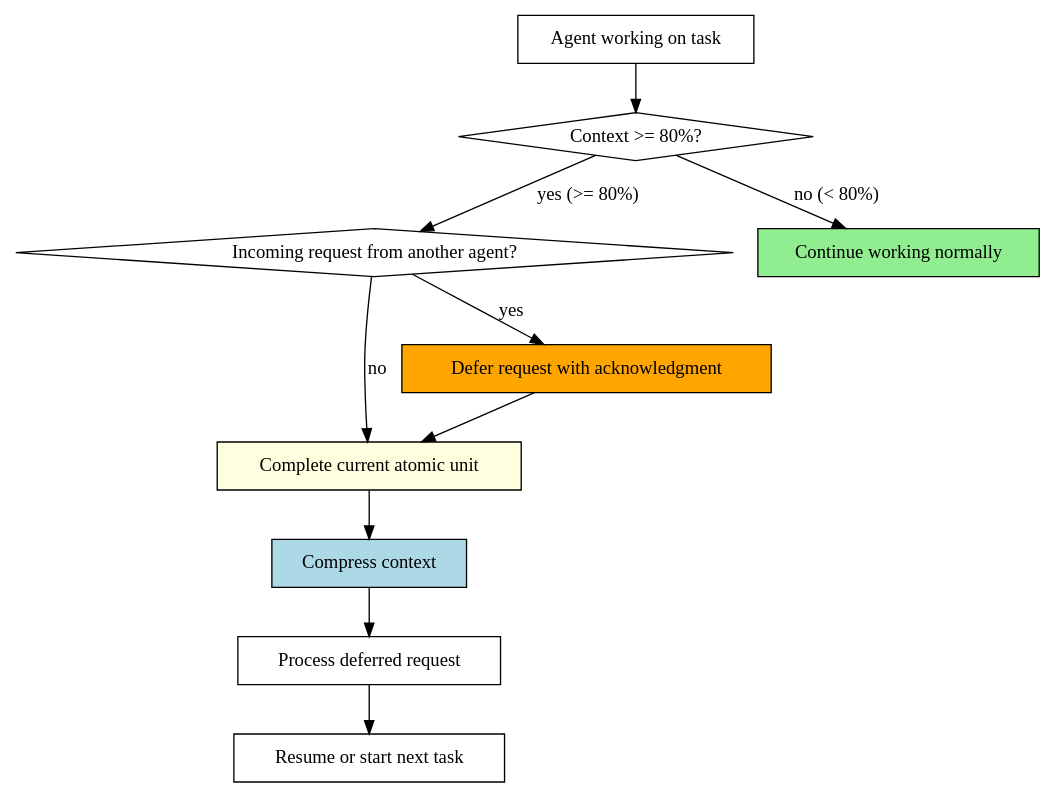
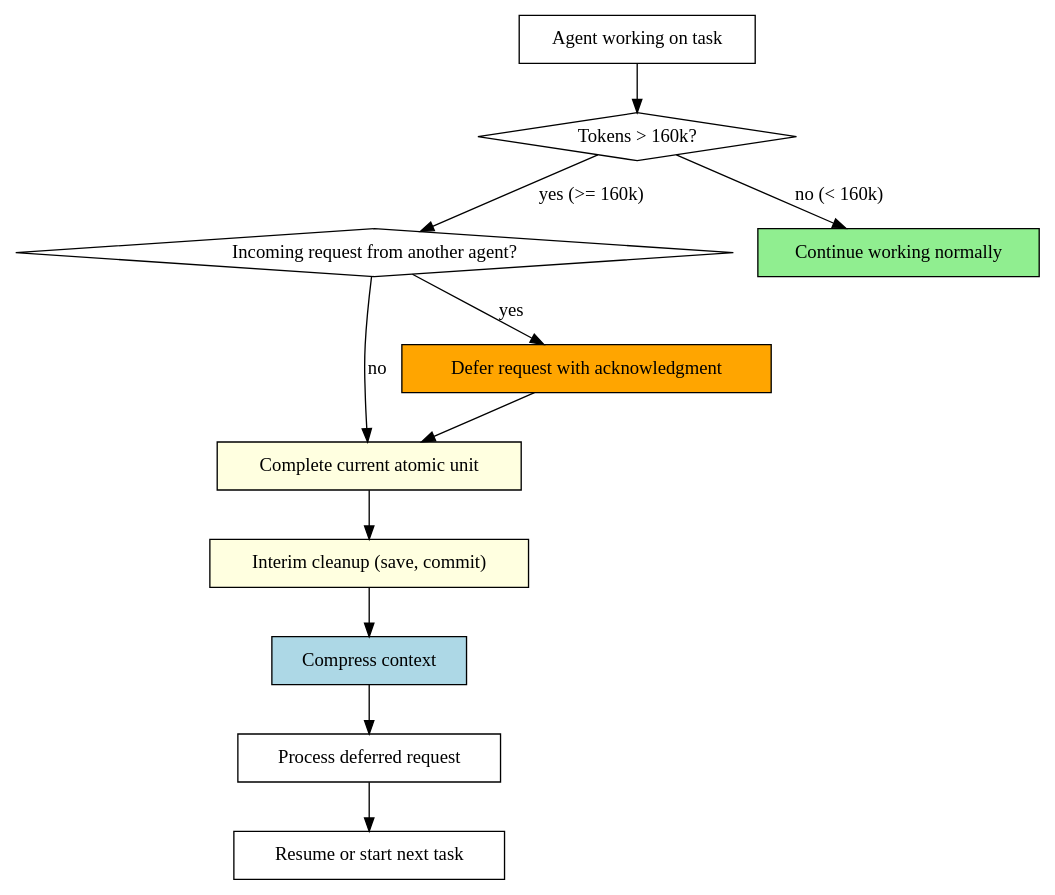
Before and after one commit to Sonbbal/superpowers: the diagram in skills/context-window-management/SKILL.md, drawn with Graphviz. The commit also changed other lines of this file and 5 other files, not shown here.

````diff
--- a/skills/context-window-management/SKILL.md
+++ b/skills/context-window-management/SKILL.md
@@ -33,23 +54,25 @@
 ```dot
 digraph context_management {
     "Agent working on task" [shape=box];
-    "Context >= 80%?" [shape=diamond];
+    "Tokens > 160k?" [shape=diamond];
     "Incoming request from another agent?" [shape=diamond];
     "Continue working normally" [shape=box style=filled fillcolor=lightgreen];
     "Complete current atomic unit" [shape=box style=filled fillcolor=lightyellow];
     "Defer request with acknowledgment" [shape=box style=filled fillcolor=orange];
+    "Interim cleanup (save, commit)" [shape=box style=filled fillcolor=lightyellow];
     "Compress context" [shape=box style=filled fillcolor=lightblue];
     "Process deferred request" [shape=box];
     "Resume or start next task" [shape=box];
 
-    "Agent working on task" -> "Context >= 80%?";
-    "Context >= 80%?" -> "Continue working normally" [label="no (< 80%)"];
-    "Context >= 80%?" -> "Incoming request from another agent?" [label="yes (>= 80%)"];
+    "Agent working on task" -> "Tokens > 160k?";
+    "Tokens > 160k?" -> "Continue working normally" [label="no (< 160k)"];
+    "Tokens > 160k?" -> "Incoming request from another agent?" [label="yes (>= 160k)"];
     "Incoming request from another agent?" -> "Defer request with acknowledgment" [label="yes"];
     "Incoming request from another agent?" -> "Complete current atomic unit" [label="no"];
     "Defer request with acknowledgment" -> "Complete current atomic unit";
-    "Complete current atomic unit" -> "Compress context";
+    "Complete current atomic unit" -> "Interim cleanup (save, commit)";
+    "Interim cleanup (save, commit)" -> "Compress context";
     "Compress context" -> "Process deferred request";
     "Process deferred request" -> "Resume or start next task";
 }
 ```
````
